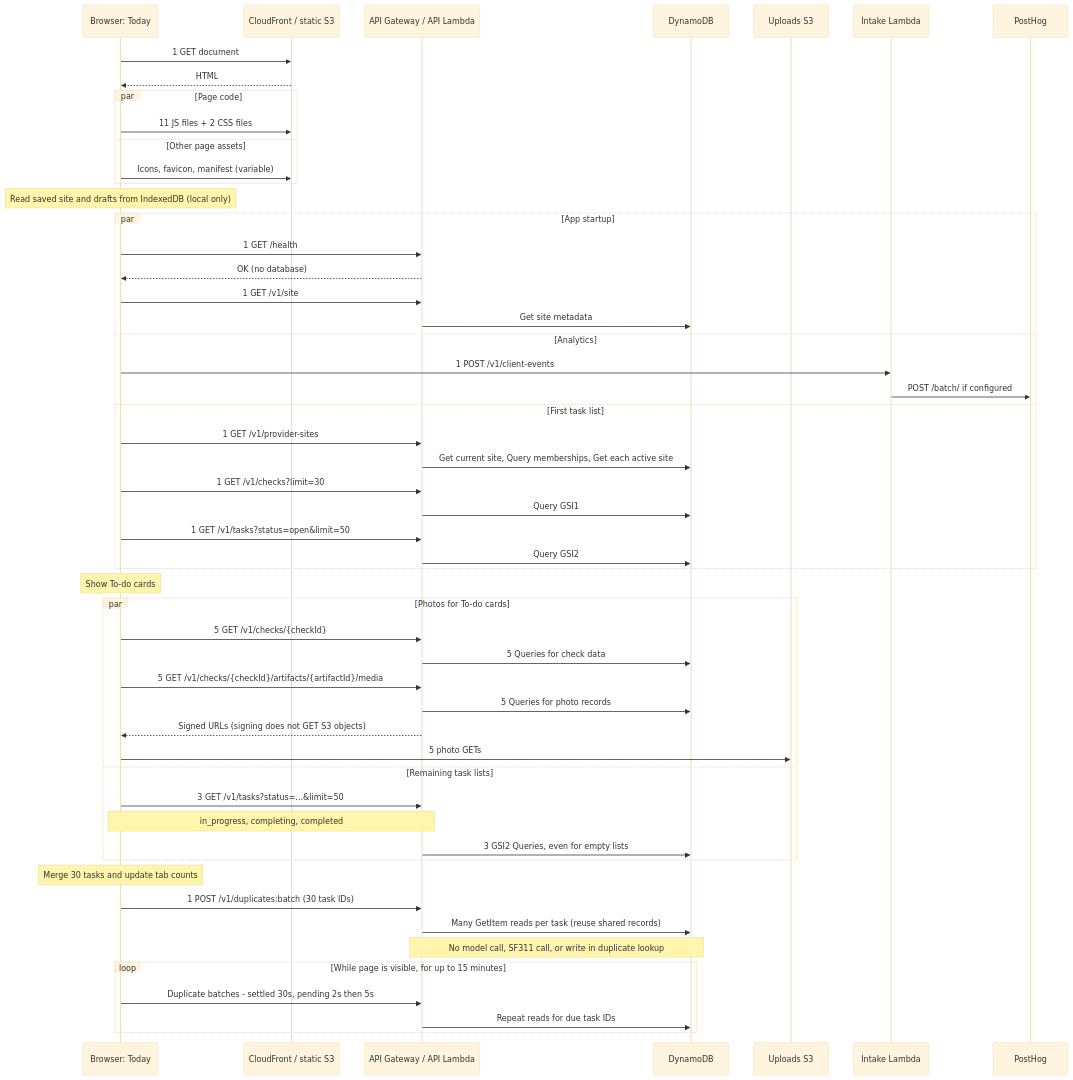
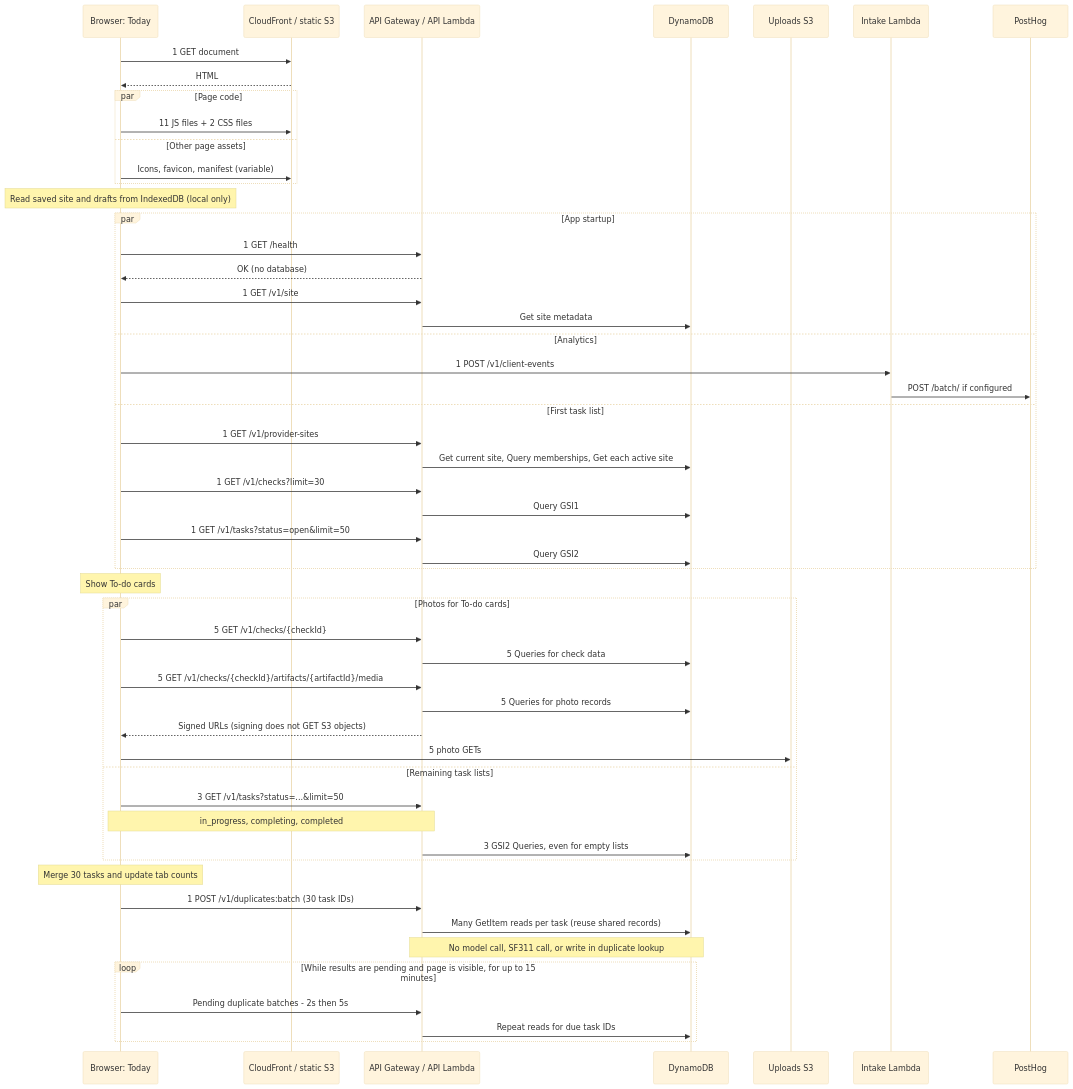
Before and after one commit to Mayor-s-Office-of-Innovation/good-neighbor-app: the diagram in docs/today-load-requests.md, drawn with Mermaid (base theme). The commit also changed other lines of this file and 14 other files, not shown here.

````diff
--- a/docs/today-load-requests.md
+++ b/docs/today-load-requests.md
@@ -63,56 +63,56 @@
 ```mermaid
 sequenceDiagram
     participant B as Browser: Today
     participant C as CloudFront / static S3
     participant A as API Gateway / API Lambda
     participant D as DynamoDB
     participant S as Uploads S3
     participant I as Intake Lambda
     participant P as PostHog
 
     B->>C: 1 GET document
     C-->>B: HTML
     par Page code
         B->>C: 11 JS files + 2 CSS files
     and Other page assets
         B->>C: Icons, favicon, manifest (variable)
     end
     Note over B: Read saved site and drafts from IndexedDB (local only)
     par App startup
         B->>A: 1 GET /health
         A-->>B: OK (no database)
         B->>A: 1 GET /v1/site
         A->>D: Get site metadata
     and Analytics
         B->>I: 1 POST /v1/client-events
         I->>P: POST /batch/ if configured
     and First task list
         B->>A: 1 GET /v1/provider-sites
         A->>D: Get current site, Query memberships, Get each active site
         B->>A: 1 GET /v1/checks?limit=30
         A->>D: Query GSI1
         B->>A: 1 GET /v1/tasks?status=open&limit=50
         A->>D: Query GSI2
     end
     Note over B: Show To-do cards
     par Photos for To-do cards
         B->>A: 5 GET /v1/checks/{checkId}
         A->>D: 5 Queries for check data
         B->>A: 5 GET /v1/checks/{checkId}/artifacts/{artifactId}/media
         A->>D: 5 Queries for photo records
         A-->>B: Signed URLs (signing does not GET S3 objects)
         B->>S: 5 photo GETs
     and Remaining task lists
         B->>A: 3 GET /v1/tasks?status=...&limit=50
         Note over B,A: in_progress, completing, completed
         A->>D: 3 GSI2 Queries, even for empty lists
     end
     Note over B: Merge 30 tasks and update tab counts
     B->>A: 1 POST /v1/duplicates:batch (30 task IDs)
     A->>D: Many GetItem reads per task (reuse shared records)
     Note over A,D: No model call, SF311 call, or write in duplicate lookup
-    loop While page is visible, for up to 15 minutes
-        B->>A: Duplicate batches - settled 30s, pending 2s then 5s
+    loop While results are pending and page is visible, for up to 15 minutes
+        B->>A: Pending duplicate batches - 2s then 5s
         A->>D: Repeat reads for due task IDs
     end
 ```
````
